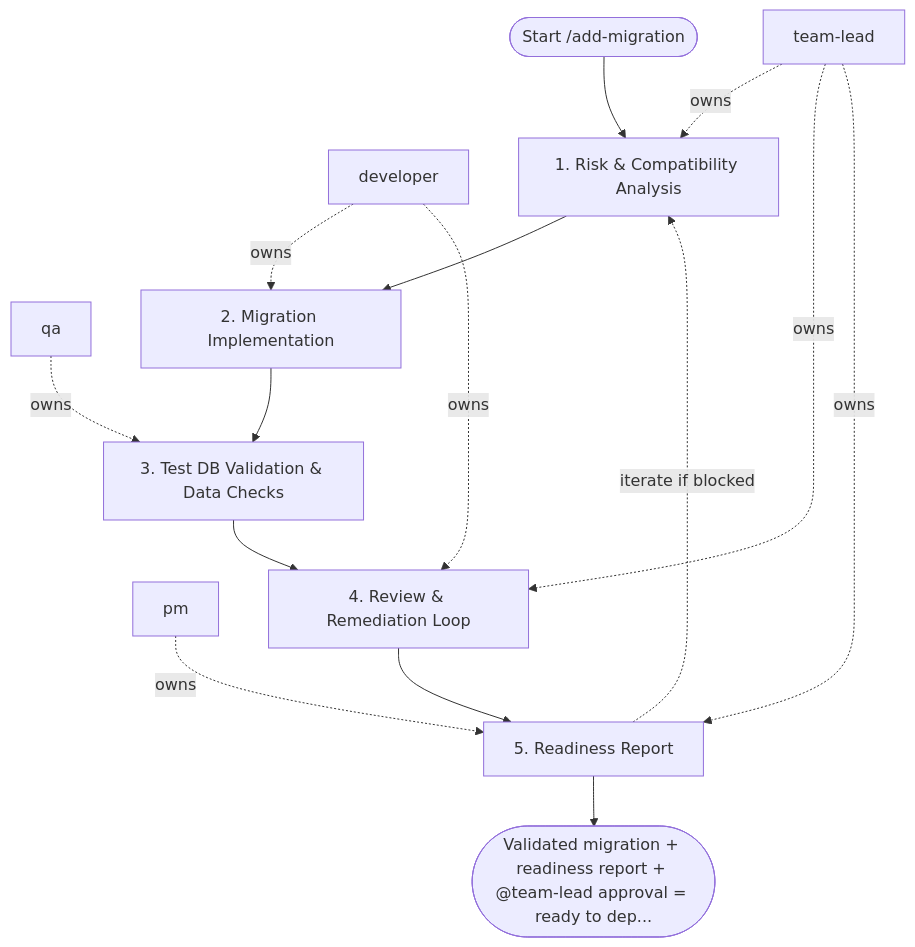
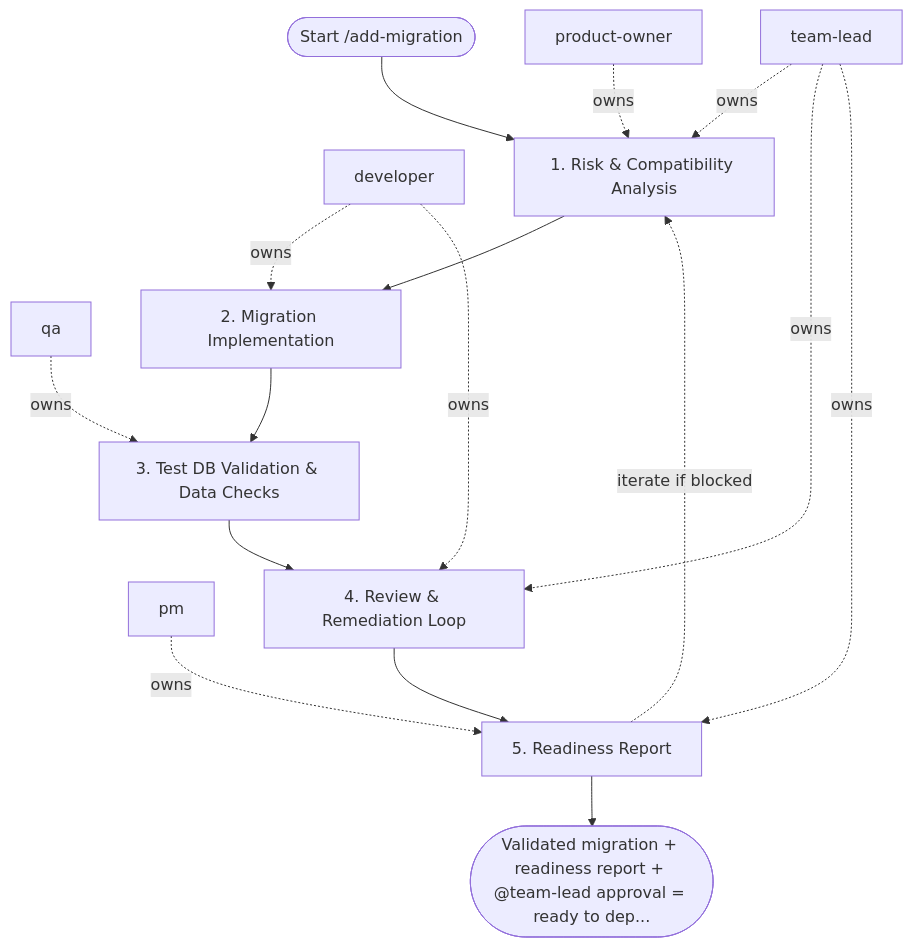
One commit to sawrus/agent-guides changed the diagram in areas/software/backend/workflows/add-migration.md. Above: the diagram before and after it, drawn with Mermaid. The commit also changed other lines of this file and 76 other files, not shown here.

Commit message:
Standardize workflow product owner initiation

````diff
--- a/areas/software/backend/workflows/add-migration.md
+++ b/areas/software/backend/workflows/add-migration.md
@@ -78,28 +78,30 @@
 ```mermaid
 flowchart TD
   start(["Start /add-migration"])
-  role_1["team-lead"]
-  role_2["developer"]
-  role_3["qa"]
-  role_4["pm"]
+  role_1["product-owner"]
+  role_2["team-lead"]
+  role_3["developer"]
+  role_4["qa"]
+  role_5["pm"]
   step_1["1. Risk & Compatibility Analysis"]
   step_2["2. Migration Implementation"]
   step_3["3. Test DB Validation & Data Checks"]
   step_4["4. Review & Remediation Loop"]
   step_5["5. Readiness Report"]
   exit(["Validated migration + readiness report + @team-lead approval = ready to dep..."])
   start --> step_1
   step_1 --> step_2
   step_2 --> step_3
   step_3 --> step_4
   step_4 --> step_5
   step_5 --> exit
   role_1 -. owns .-> step_1
-  role_2 -. owns .-> step_2
-  role_3 -. owns .-> step_3
-  role_1 -. owns .-> step_4
+  role_2 -. owns .-> step_1
+  role_3 -. owns .-> step_2
+  role_4 -. owns .-> step_3
   role_2 -. owns .-> step_4
-  role_4 -. owns .-> step_5
-  role_1 -. owns .-> step_5
+  role_3 -. owns .-> step_4
+  role_5 -. owns .-> step_5
+  role_2 -. owns .-> step_5
   step_5 -. iterate if blocked .-> step_1
 ```
````
